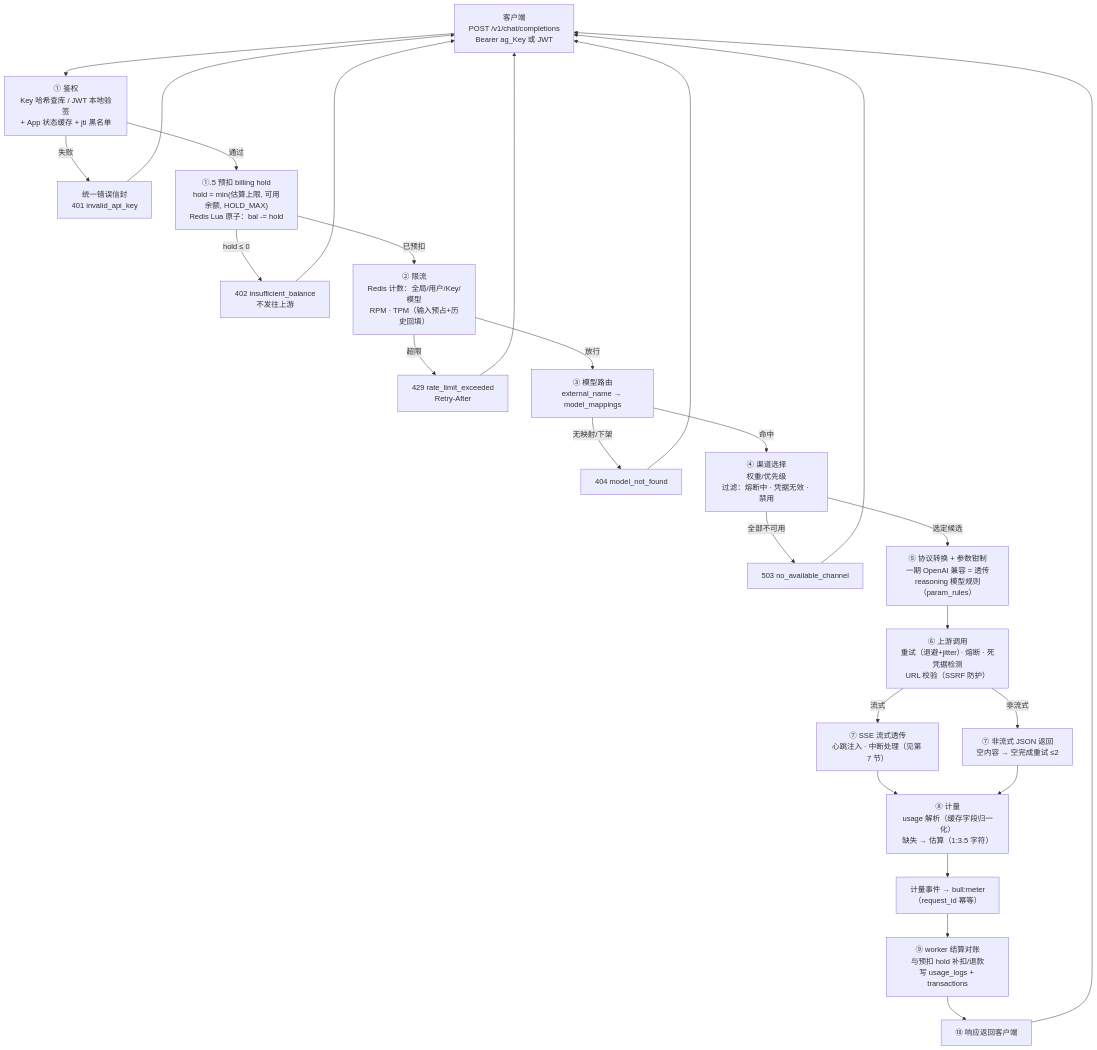
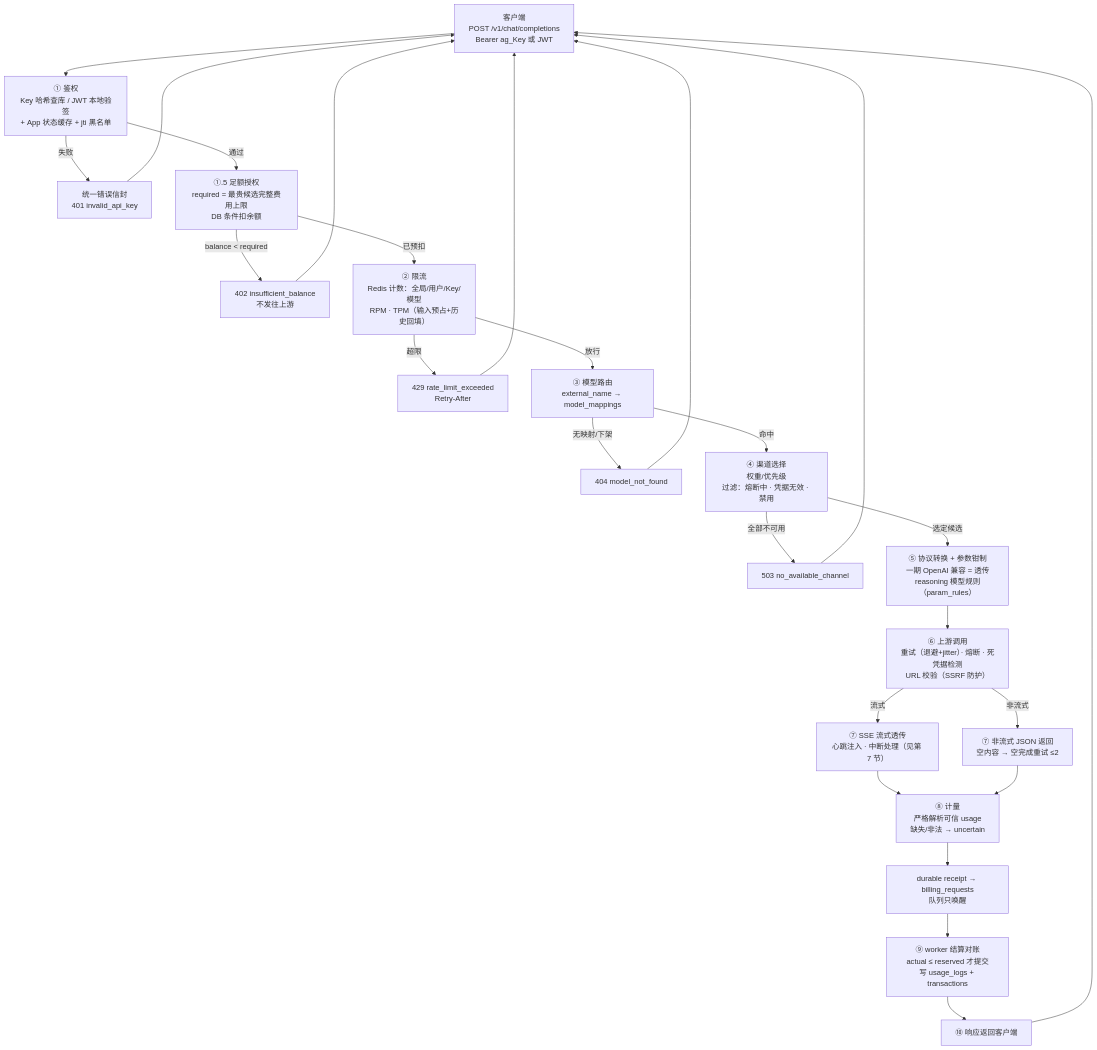
One commit to renxqoo/Tillgate changed the third of 8 diagrams in docs/architecture.md. Above: the diagram before and after it, drawn with Mermaid. The commit also changed other lines of this file and 401 other files, not shown here.

Commit message:
refactor: harden gateway billing architecture

````diff
--- a/docs/architecture.md
+++ b/docs/architecture.md
@@ -104,40 +108,40 @@
 ```mermaid
 flowchart TD
     C["客户端<br/>POST /v1/chat/completions<br/>Bearer ag_Key 或 JWT"] --> A1
 
     A1["① 鉴权<br/>Key 哈希查库 / JWT 本地验签<br/>+ App 状态缓存 + jti 黑名单"] -->|"失败"| ERR["统一错误信封<br/>401 invalid_api_key"]
     A1 -->|"通过"| A2
 
-    A2["①.5 预扣 billing hold<br/>hold = min(估算上限, 可用余额, HOLD_MAX)<br/>Redis Lua 原子：bal -= hold"] -->|"hold ≤ 0"| E402["402 insufficient_balance<br/>不发往上游"]
+    A2["①.5 足额授权<br/>required = 最贵候选完整费用上限<br/>DB 条件扣余额"] -->|"balance < required"| E402["402 insufficient_balance<br/>不发往上游"]
     A2 -->|"已预扣"| A3
 
     A3["② 限流<br/>Redis 计数：全局/用户/Key/模型<br/>RPM · TPM（输入预占+历史回填）"] -->|"超限"| E429["429 rate_limit_exceeded<br/>Retry-After"]
     A3 -->|"放行"| A4
 
     A4["③ 模型路由<br/>external_name → model_mappings"] -->|"无映射/下架"| E404["404 model_not_found"]
     A4 -->|"命中"| A5
 
     A5["④ 渠道选择<br/>权重/优先级<br/>过滤：熔断中 · 凭据无效 · 禁用"] -->|"全部不可用"| E503["503 no_available_channel"]
     A5 -->|"选定候选"| A6
 
     A6["⑤ 协议转换 + 参数钳制<br/>一期 OpenAI 兼容 = 透传<br/>reasoning 模型规则（param_rules）"] --> A7
 
     A7["⑥ 上游调用<br/>重试（退避+jitter）· 熔断 · 死凭据检测<br/>URL 校验（SSRF 防护）"] -->|"流式"| STR
     A7 -->|"非流式"| JSN
 
     STR["⑦ SSE 流式透传<br/>心跳注入 · 中断处理（见第 7 节）"]
     JSN["⑦ 非流式 JSON 返回<br/>空内容 → 空完成重试 ≤2"]
 
-    STR --> M["⑧ 计量<br/>usage 解析（缓存字段归一化）<br/>缺失 → 估算（1:3.5 字符）"]
+    STR --> M["⑧ 计量<br/>严格解析可信 usage<br/>缺失/非法 → uncertain"]
     JSN --> M
-    M --> Q["计量事件 → bull:meter<br/>（request_id 幂等）"]
-    Q --> W["⑨ worker 结算对账<br/>与预扣 hold 补扣/退款<br/>写 usage_logs + transactions"]
+    M --> Q["durable receipt → billing_requests<br/>队列只唤醒"]
+    Q --> W["⑨ worker 结算对账<br/>actual ≤ reserved 才提交<br/>写 usage_logs + transactions"]
 
     W --> R["⑩ 响应返回客户端"]
     ERR --> C
     E402 --> C
     E429 --> C
     E404 --> C
     E503 --> C
     R --> C
 ```
````
